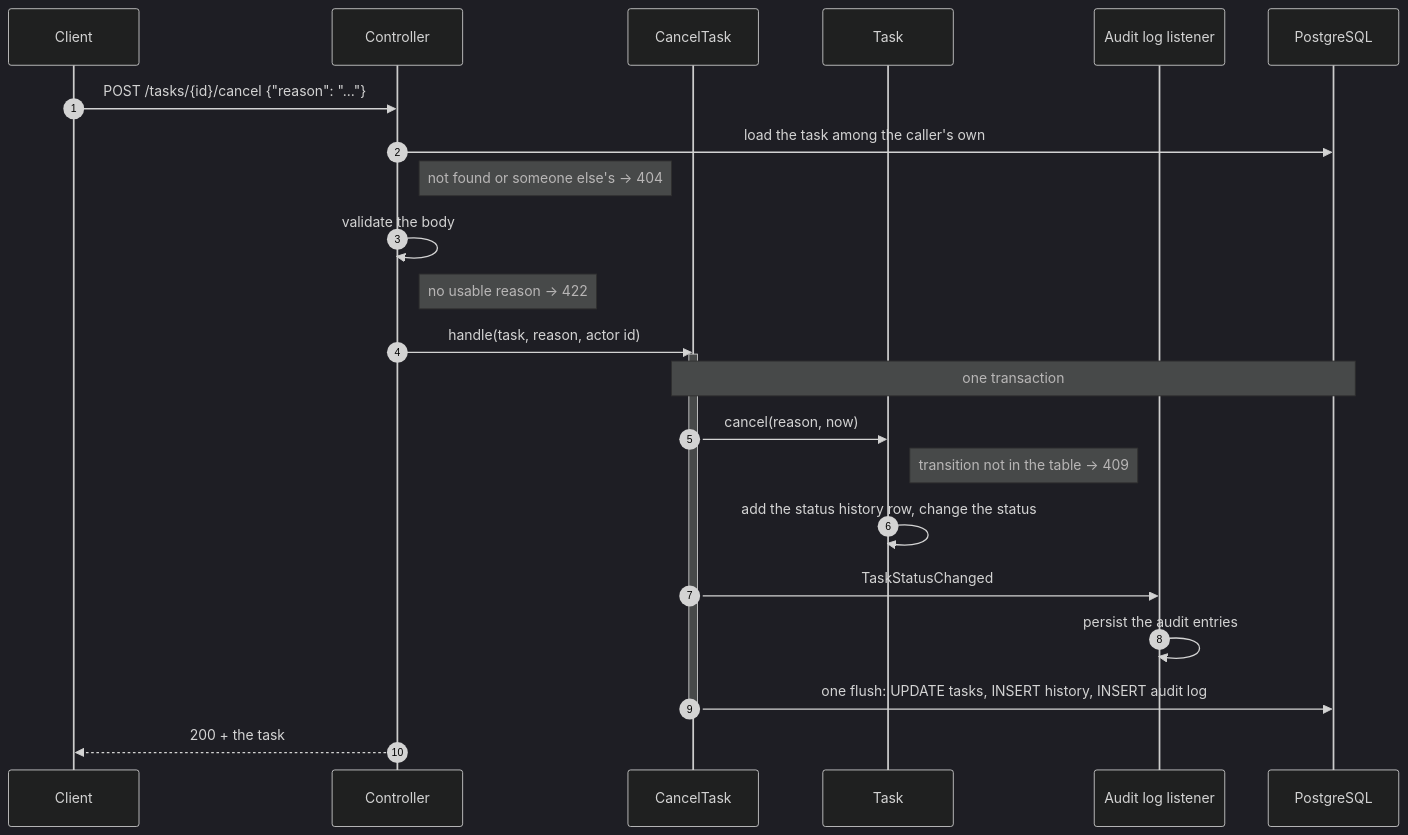
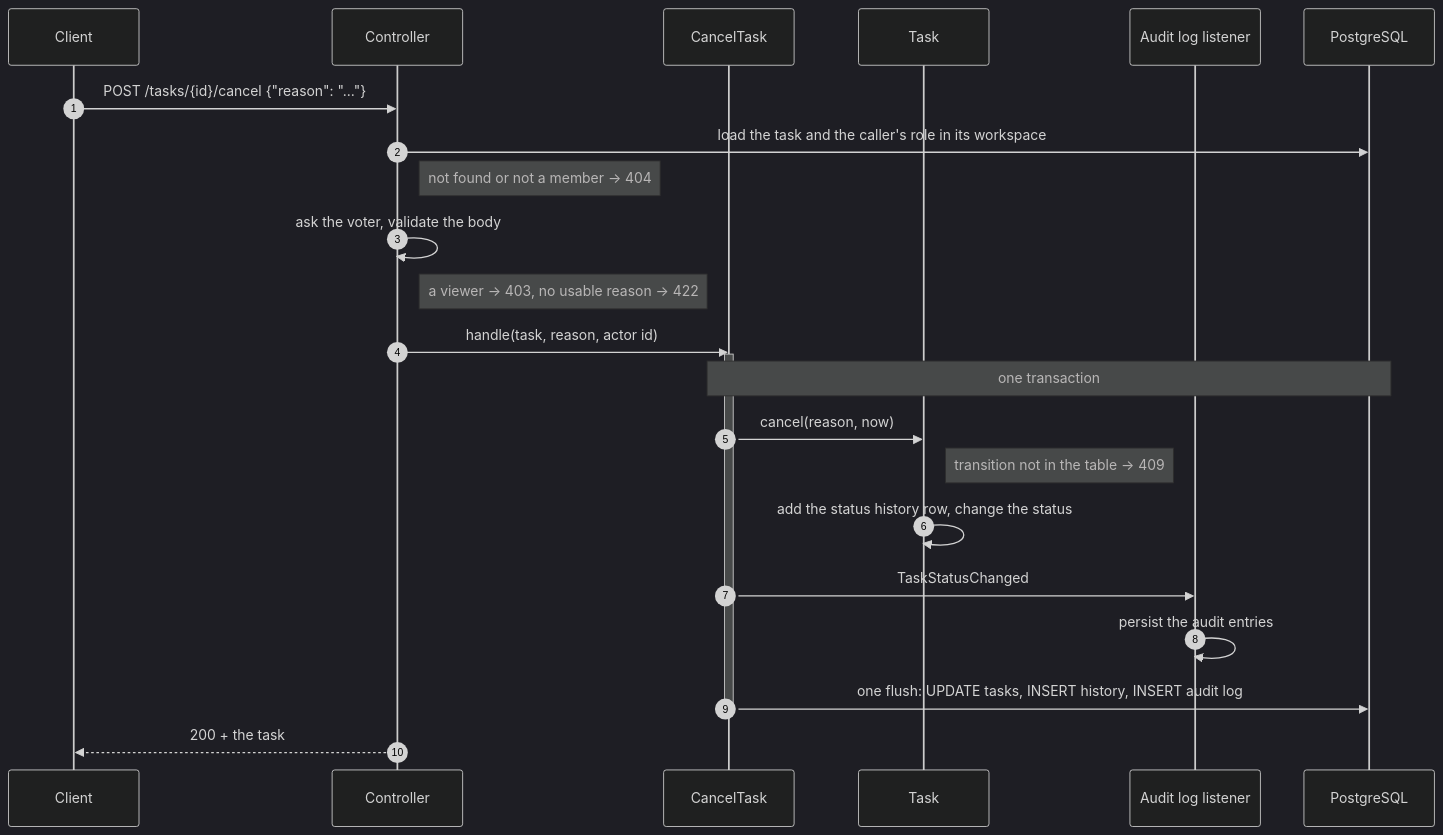
The fifth of 5 diagrams in docs/architecture.md (NikitaSomik/symfony-todo-app), drawn with Mermaid (dark theme) before and after one commit. The commit also changed other lines of this file and 51 other files, not shown here.

````diff
--- a/docs/architecture.md
+++ b/docs/architecture.md
@@ -153,27 +155,27 @@
 ```mermaid
 sequenceDiagram
     autonumber
     participant C as Client
     participant Ctl as Controller
     participant S as CancelTask
     participant T as Task
     participant L as Audit log listener
     participant DB as PostgreSQL
 
     C->>Ctl: POST /tasks/{id}/cancel {"reason": "…"}
-    Ctl->>DB: load the task among the caller's own
-    Note right of Ctl: not found or someone else's → 404
-    Ctl->>Ctl: validate the body
-    Note right of Ctl: no usable reason → 422
+    Ctl->>DB: load the task and the caller's role in its workspace
+    Note right of Ctl: not found or not a member → 404
+    Ctl->>Ctl: ask the voter, validate the body
+    Note right of Ctl: a viewer → 403, no usable reason → 422
     Ctl->>S: handle(task, reason, actor id)
     activate S
     Note over S,DB: one transaction
     S->>T: cancel(reason, now)
     Note right of T: transition not in the table → 409
     T->>T: add the status history row, change the status
     S->>L: TaskStatusChanged
     L->>L: persist the audit entries
     S->>DB: one flush: UPDATE tasks, INSERT history, INSERT audit log
     deactivate S
     Ctl-->>C: 200 + the task
 ```
````
